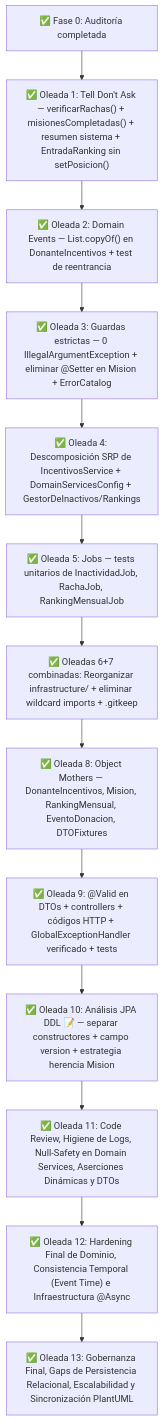
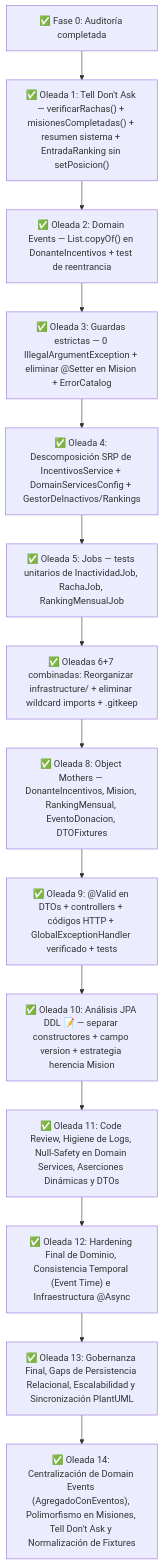
Before and after one commit to tsorren/DonaTrack-TP-DDS: the diagram in docs/design/incentivos-service/plan-refactor-incentivos.md, drawn with Mermaid. The commit also changed other lines of this file and 28 other files, not shown here.

````diff
--- a/docs/design/incentivos-service/plan-refactor-incentivos.md
+++ b/docs/design/incentivos-service/plan-refactor-incentivos.md
@@ -206,29 +206,31 @@
 ```mermaid
 graph TD
     F0["✅ Fase 0: Auditoría completada"]
     O1["✅ Oleada 1: Tell Don't Ask — verificarRachas() + misionesCompletadas() + resumen sistema + EntradaRanking sin setPosicion()"]
     O2["✅ Oleada 2: Domain Events — List.copyOf() en DonanteIncentivos + test de reentrancia"]
     O3["✅ Oleada 3: Guardas estrictas — 0 IllegalArgumentException + eliminar @Setter en Mision + ErrorCatalog"]
     O4["✅ Oleada 4: Descomposición SRP de IncentivosService + DomainServicesConfig + GestorDeInactivos/Rankings"]
     O5["✅ Oleada 5: Jobs — tests unitarios de InactividadJob, RachaJob, RankingMensualJob"]
     O67["✅ Oleadas 6+7 combinadas: Reorganizar infrastructure/ + eliminar wildcard imports + .gitkeep"]
     O8["✅ Oleada 8: Object Mothers — DonanteIncentivos, Mision, RankingMensual, EventoDonacion, DTOFixtures"]
     O9["✅ Oleada 9: @Valid en DTOs + controllers + códigos HTTP + GlobalExceptionHandler verificado + tests"]
     O10["✅ Oleada 10: Análisis JPA DDL 📝 — separar constructores + campo version + estrategia herencia Mision"]
     O11["✅ Oleada 11: Code Review, Higiene de Logs, Null-Safety en Domain Services, Aserciones Dinámicas y DTOs"]
     O12["✅ Oleada 12: Hardening Final de Dominio, Consistencia Temporal (Event Time) e Infraestructura @Async"]
     O13["✅ Oleada 13: Gobernanza Final, Gaps de Persistencia Relacional, Escalabilidad y Sincronización PlantUML"]
+    O14["✅ Oleada 14: Centralización de Domain Events (AgregadoConEventos), Polimorfismo en Misiones, Tell Don't Ask y Normalización de Fixtures"]
 
     F0 --> O1
     O1 --> O2
     O2 --> O3
     O3 --> O4
     O4 --> O5
     O5 --> O67
     O67 --> O8
     O8 --> O9
     O9 --> O10
     O10 --> O11
     O11 --> O12
     O12 --> O13
+    O13 --> O14
 ```
````
